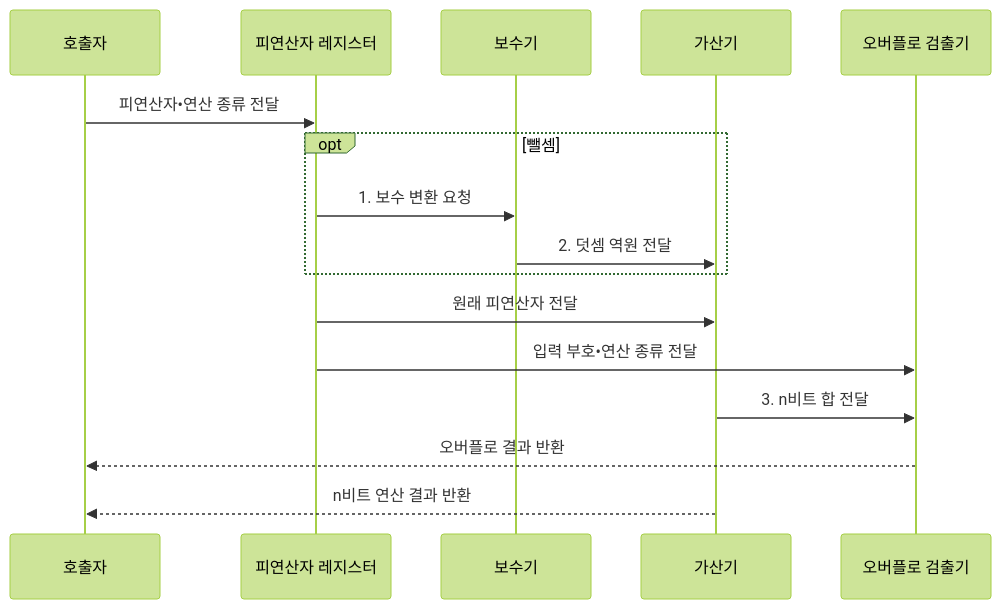
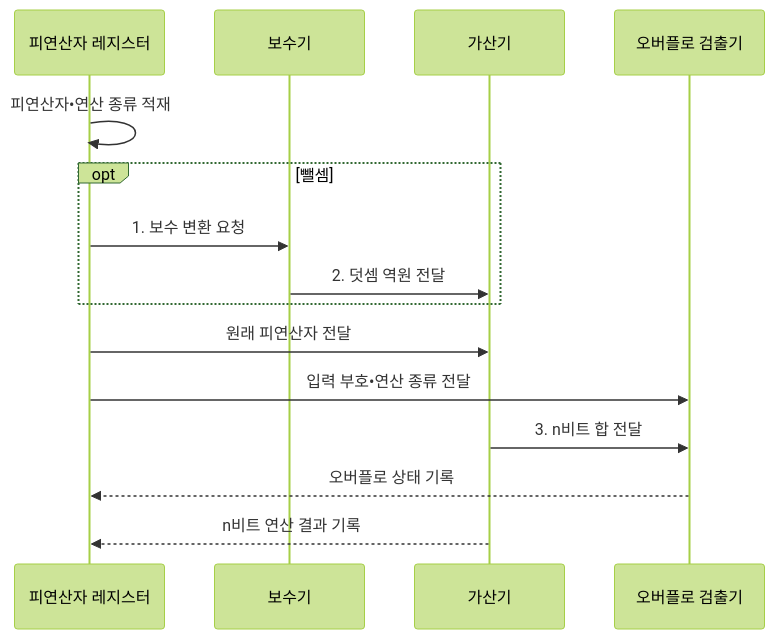
The second of 2 diagrams in src/content/docs/notes/01-basic-theory/024_twos_complement.md (agnusdei1207/knowledge-base), drawn with Mermaid (forest theme) before and after one commit. The commit also changed 3 other files, not shown here.

Commit message:
Trim nonessential flow endpoints

````diff
--- a/src/content/docs/notes/01-basic-theory/024_twos_complement.md
+++ b/src/content/docs/notes/01-basic-theory/024_twos_complement.md
@@ -95,18 +95,17 @@
 ```mermaid
 sequenceDiagram
-    participant Q as 호출자
     participant R as 피연산자 레지스터
     participant C as 보수기
     participant A as 가산기
     participant V as 오버플로 검출기
-    Q->>R: 피연산자•연산 종류 전달
+    R->>R: 피연산자•연산 종류 적재
     opt 뺄셈
         R->>C: 1. 보수 변환 요청
         C->>A: 2. 덧셈 역원 전달
     end
     R->>A: 원래 피연산자 전달
     R->>V: 입력 부호•연산 종류 전달
     A->>V: 3. n비트 합 전달
-    V-->>Q: 오버플로 결과 반환
-    A-->>Q: n비트 연산 결과 반환
+    V-->>R: 오버플로 상태 기록
+    A-->>R: n비트 연산 결과 기록
 ```
````
